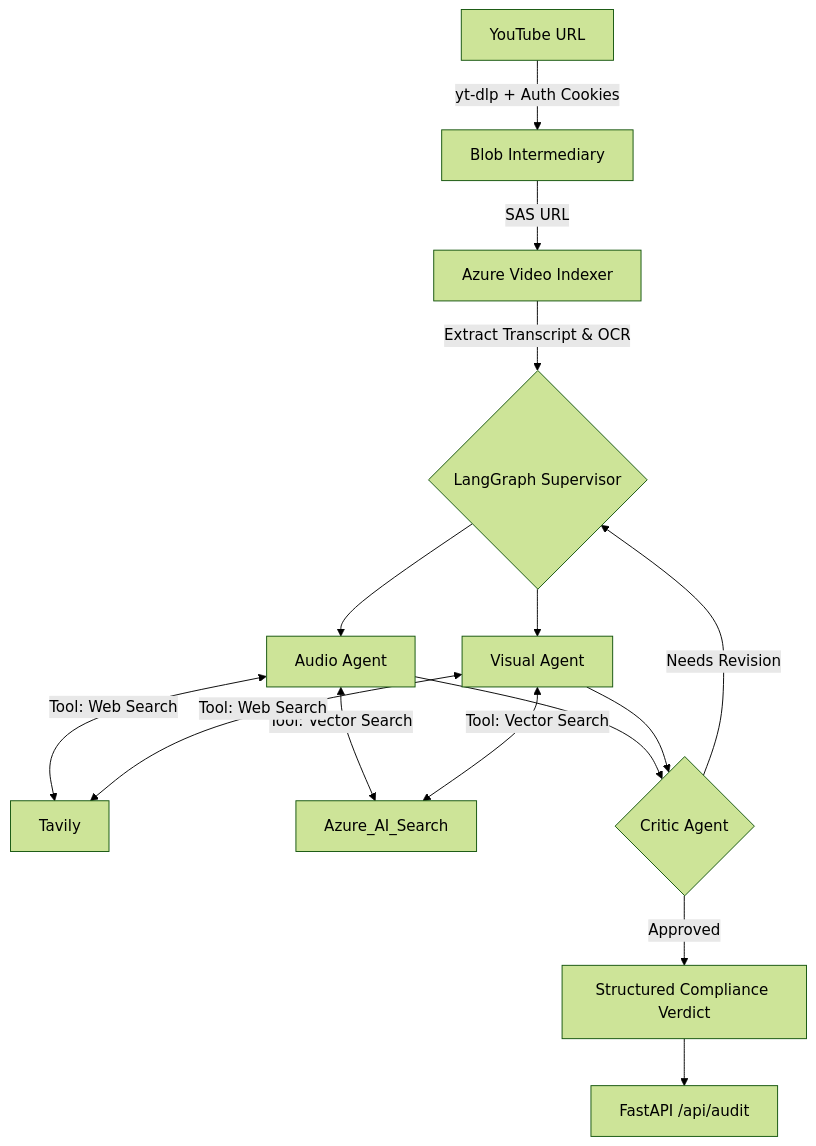
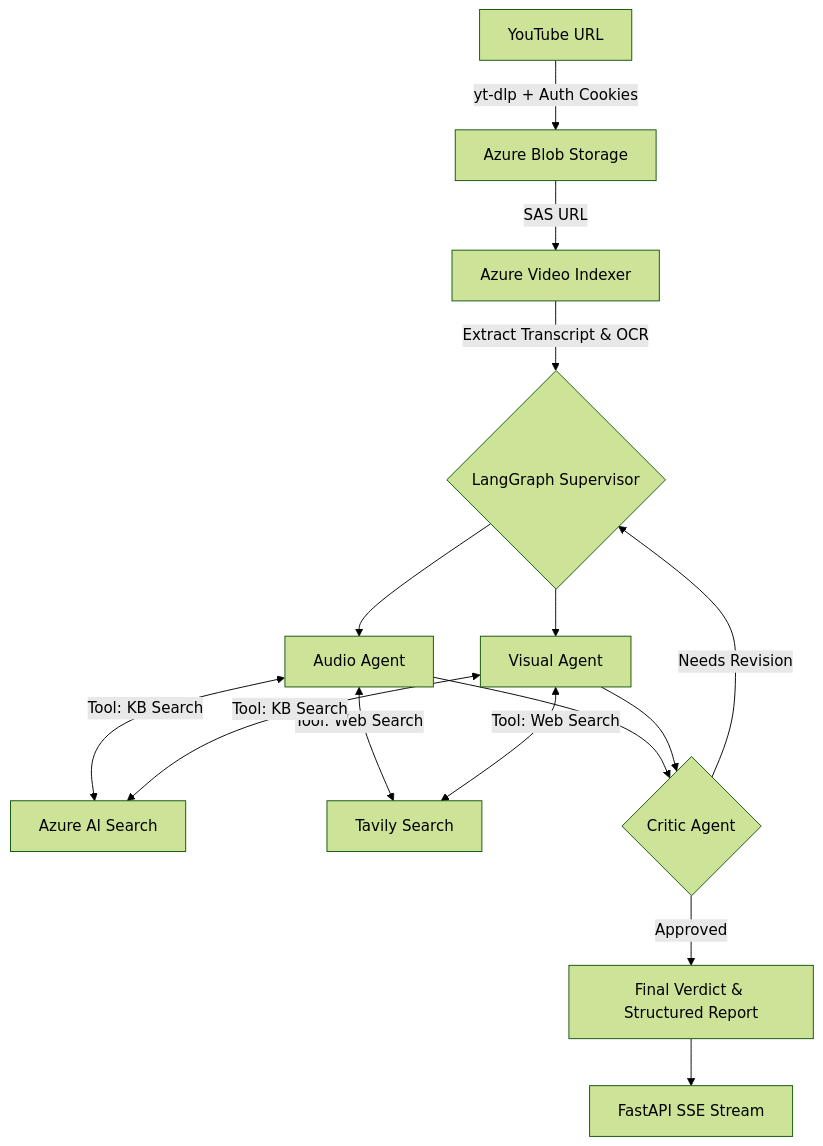
The diagram in README.md (jayshivankar/Azure-MultiModal-Compilance-Ingestion-Engine), drawn with Mermaid (forest theme) before and after one commit. The commit also changed other lines of this file and 11 other files, not shown here.

````diff
--- a/README.md
+++ b/README.md
@@ -24,22 +13,22 @@
 ```mermaid
 graph TD
-    A[YouTube URL] -->|yt-dlp + Auth Cookies| B[Blob Intermediary]
+    A[YouTube URL] -->|yt-dlp + Auth Cookies| B[Azure Blob Storage]
     B -->|SAS URL| C[Azure Video Indexer]
     C -->|Extract Transcript & OCR| D{LangGraph Supervisor}
     
     D --> E[Audio Agent]
     D --> F[Visual Agent]
     
-    E <-->|Tool: Web Search| Tavily
-    E <-->|Tool: Vector Search| Azure_AI_Search
+    E <-->|Tool: KB Search| AIS[Azure AI Search]
+    E <-->|Tool: Web Search| Tavily[Tavily Search]
     
+    F <-->|Tool: KB Search| AIS
     F <-->|Tool: Web Search| Tavily
-    F <-->|Tool: Vector Search| Azure_AI_Search
     
     E --> G{Critic Agent}
     F --> G
     
     G -->|Needs Revision| D
-    G -->|Approved| H[Structured Compliance Verdict]
-    H --> I[FastAPI /api/audit]
+    G -->|Approved| H[Final Verdict & Structured Report]
+    H --> I[FastAPI SSE Stream]
 ```
````
